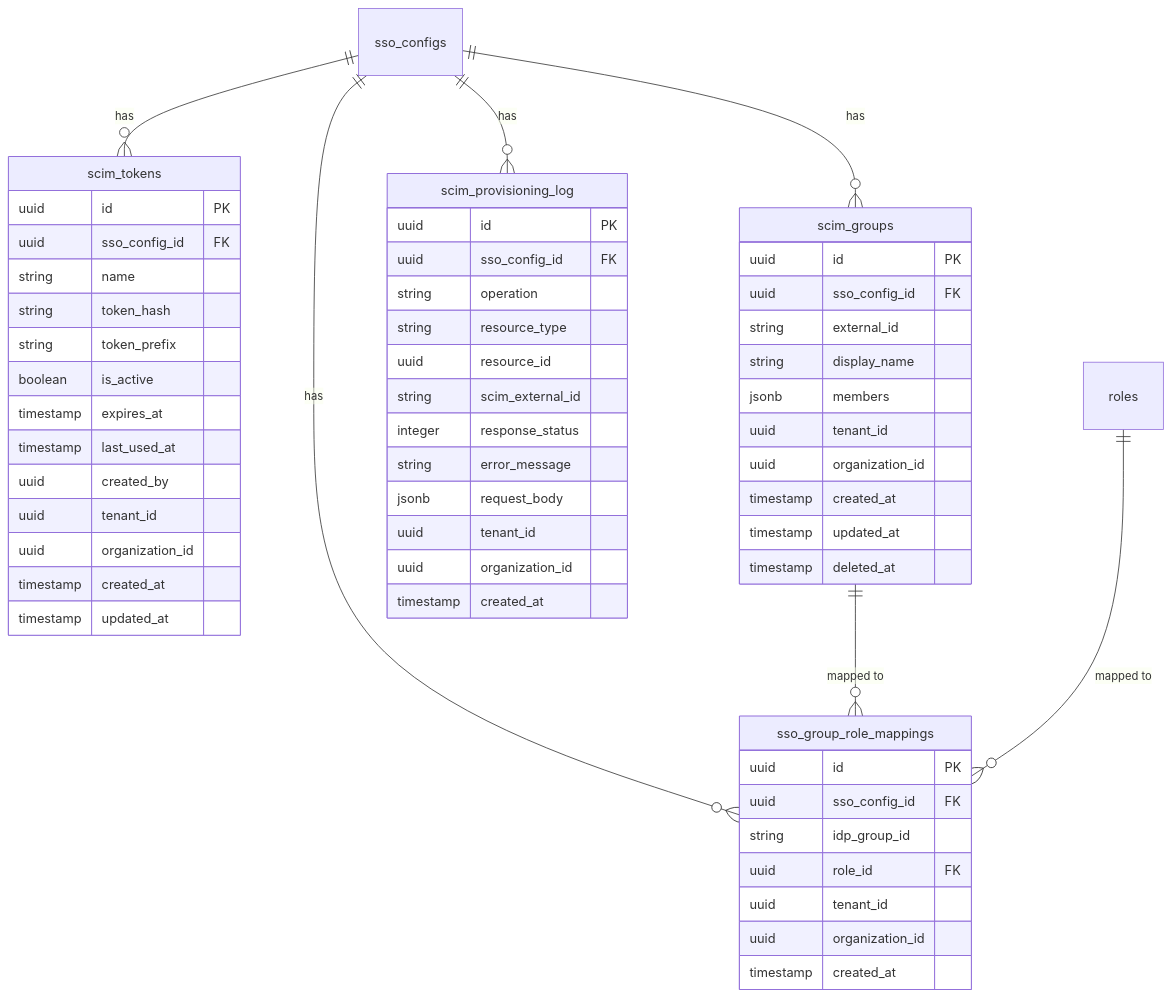
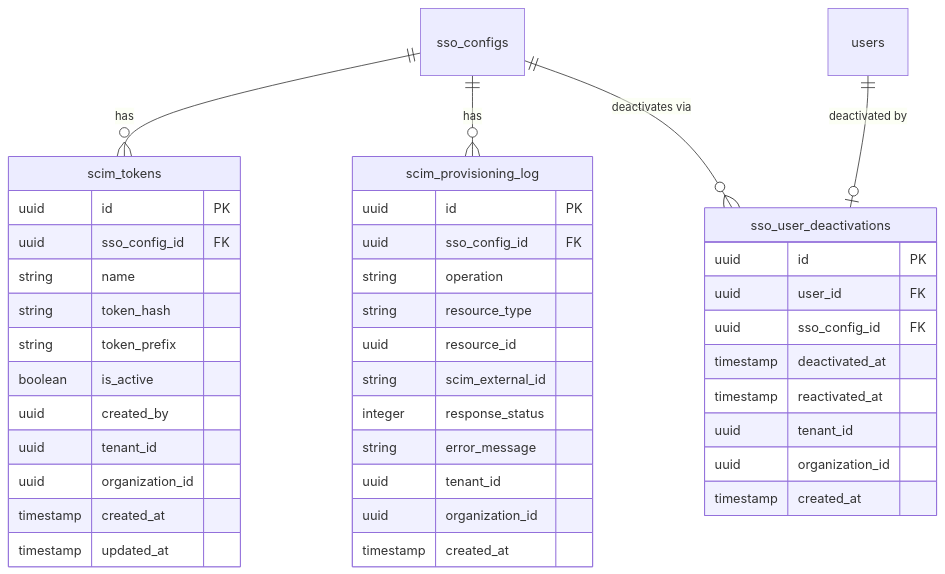
The diagram in docs/plans/2026-02-22-feat-scim-provisioning-endpoint-plan.md (open-mercato/open-mercato), drawn with Mermaid before and after one commit. The commit also changed other lines of this file and 32 other files, not shown here.

````diff
--- a/docs/plans/2026-02-22-feat-scim-provisioning-endpoint-plan.md
+++ b/docs/plans/2026-02-22-feat-scim-provisioning-endpoint-plan.md
@@ -111,63 +124,46 @@
 ```mermaid
 erDiagram
     sso_configs ||--o{ scim_tokens : "has"
-    sso_configs ||--o{ scim_groups : "has"
-    sso_configs ||--o{ sso_group_role_mappings : "has"
     sso_configs ||--o{ scim_provisioning_log : "has"
-    scim_groups ||--o{ sso_group_role_mappings : "mapped to"
-    roles ||--o{ sso_group_role_mappings : "mapped to"
+    users ||--o| sso_user_deactivations : "deactivated by"
+    sso_configs ||--o{ sso_user_deactivations : "deactivates via"
 
     scim_tokens {
         uuid id PK
         uuid sso_config_id FK
         string name
         string token_hash
         string token_prefix
         boolean is_active
-        timestamp expires_at
-        timestamp last_used_at
         uuid created_by
         uuid tenant_id
         uuid organization_id
         timestamp created_at
         timestamp updated_at
     }
 
-    scim_groups {
+    sso_user_deactivations {
         uuid id PK
+        uuid user_id FK
         uuid sso_config_id FK
-        string external_id
-        string display_name
-        jsonb members
-        uuid tenant_id
-        uuid organization_id
-        timestamp created_at
-        timestamp updated_at
-        timestamp deleted_at
-    }
-
-    sso_group_role_mappings {
-        uuid id PK
-        uuid sso_config_id FK
-        string idp_group_id
-        uuid role_id FK
+        timestamp deactivated_at
+        timestamp reactivated_at
         uuid tenant_id
         uuid organization_id
         timestamp created_at
     }
 
     scim_provisioning_log {
         uuid id PK
         uuid sso_config_id FK
         string operation
         string resource_type
         uuid resource_id
         string scim_external_id
         integer response_status
         string error_message
-        jsonb request_body
         uuid tenant_id
         uuid organization_id
         timestamp created_at
     }
 ```
````
